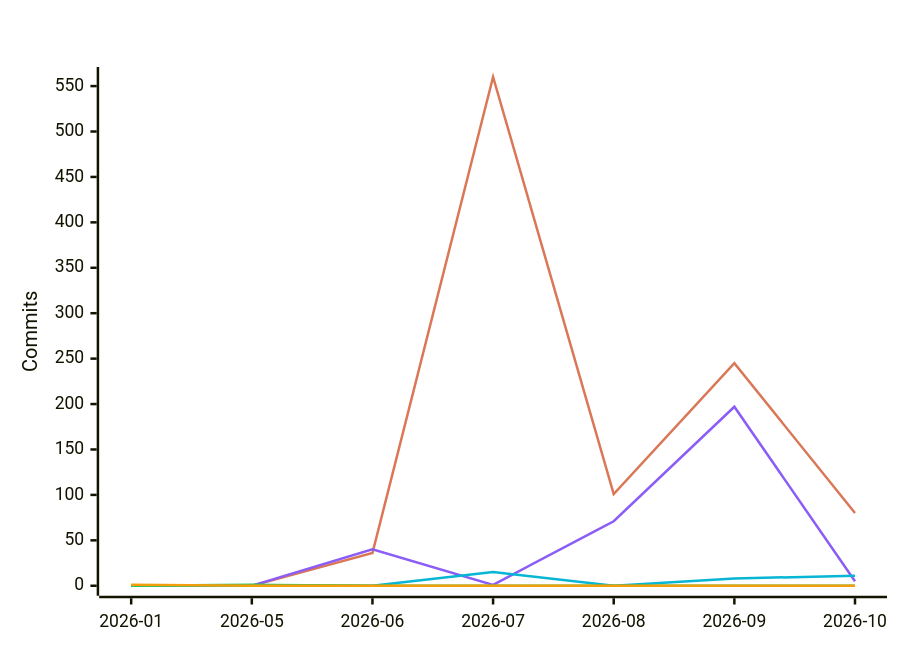
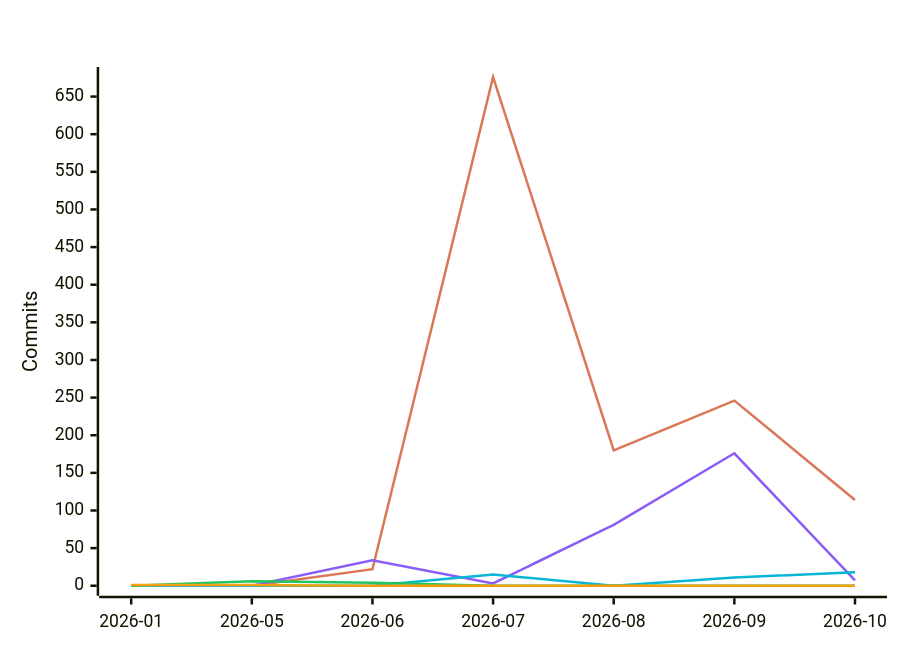
One commit to polo-nyan/polo-nyan changed the fifth of 7 diagrams in README.md. Above: the diagram before and after it, drawn with Mermaid. The commit also changed other lines of this file and 1 other file, not shown here.

````diff
--- a/README.md
+++ b/README.md
@@ -313,12 +313,12 @@
 ```mermaid
 %%{init: {"xyChart": {"titleColor": "#ffffff", "xAxisLabelColor": "#ffffff", "yAxisLabelColor": "#ffffff"}, "themeVariables": {"xyChart": {"titleColor": "#ffffff", "plotColorPalette": "#d97757, #8b5cf6, #06b6d4, #22c55e, #f59e0b, #ec4899"}}}}%%
 xychart-beta
     title "Commits Per Month by Model Family"
     x-axis ["2026-01", "2026-05", "2026-06", "2026-07", "2026-08", "2026-09", "2026-10"]
     y-axis "Commits"
-    line [0, 0, 36, 560, 101, 245, 80]
-    line [0, 0, 40, 1, 71, 197, 5]
-    line [0, 0, 0, 15, 0, 8, 11]
-    line [0, 1, 0, 0, 0, 0, 0]
-    line [1, 0, 0, 0, 0, 0, 0]
+    line [0, 0, 22, 676, 180, 246, 114]
+    line [0, 0, 34, 3, 81, 176, 7]
+    line [0, 0, 0, 15, 0, 11, 18]
+    line [0, 6, 4, 0, 0, 0, 0]
+    line [1, 1, 0, 0, 0, 0, 0]
 ```
````
